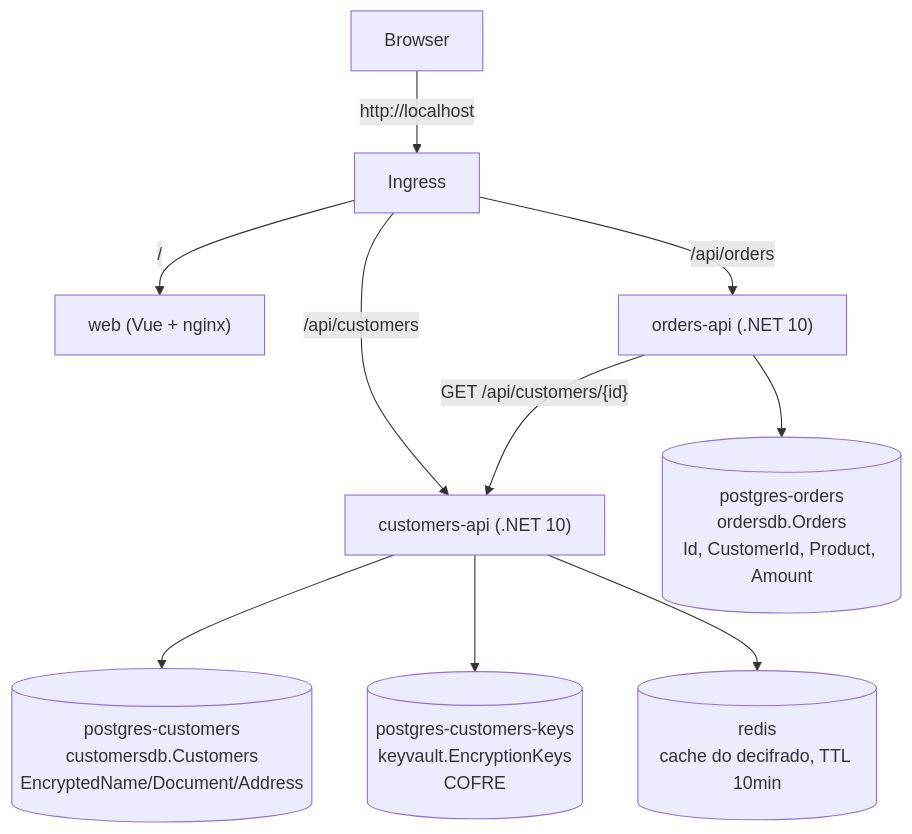
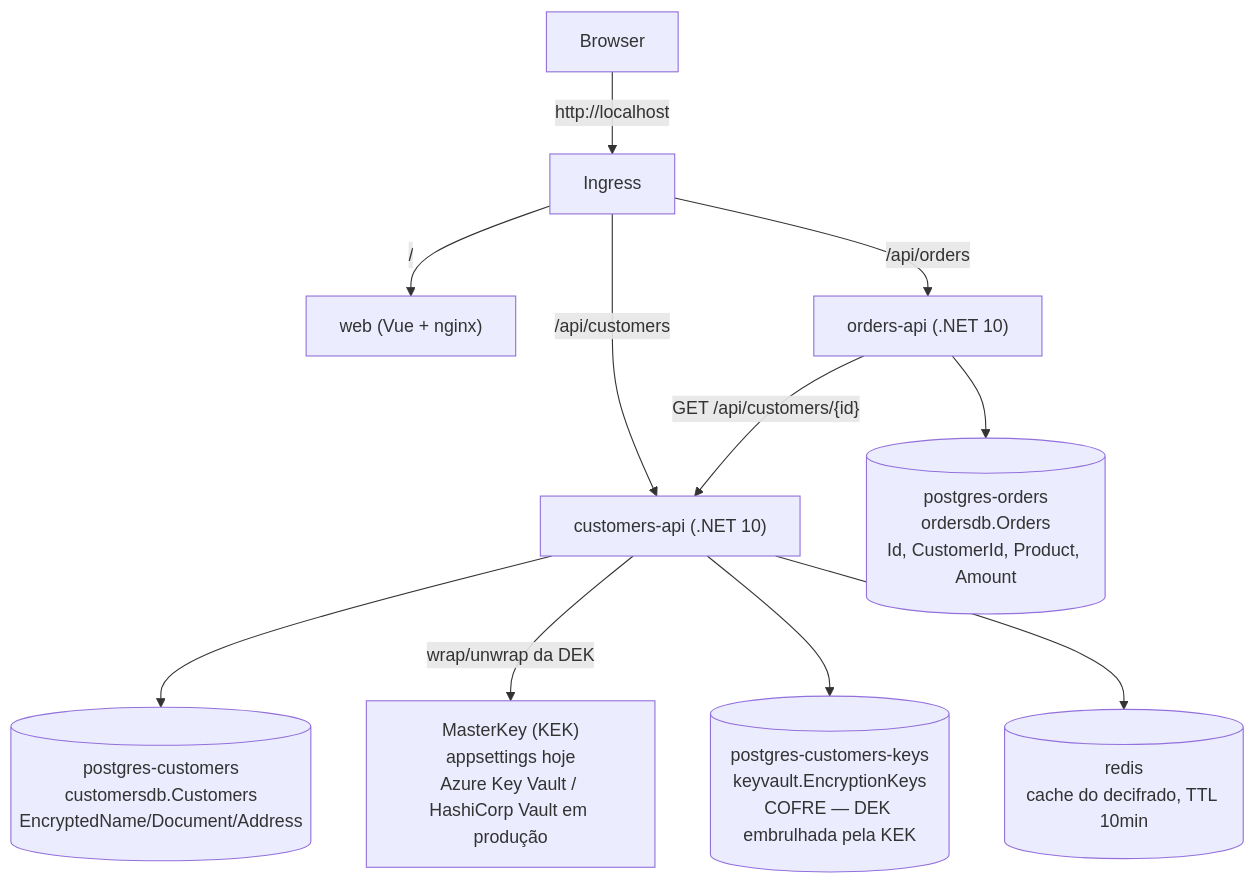
One commit to CristianoRC/crypto-shredding changed the diagram in Readme.md. Above: the diagram before and after it, drawn with Mermaid. The commit also changed other lines of this file and 10 other files, not shown here.

First line of the commit message:
Implementa envelope encryption: uma master key (KEK) embrulha a chave de cada cliente

````diff
--- a/Readme.md
+++ b/Readme.md
@@ -16,13 +18,14 @@
 ```mermaid
 flowchart TD
     Browser -->|http://localhost| Ingress
     Ingress -->|/| Web["web (Vue + nginx)"]
     Ingress -->|/api/customers| CustomersApi["customers-api (.NET 10)"]
     Ingress -->|/api/orders| OrdersApi["orders-api (.NET 10)"]
     OrdersApi -->|"GET /api/customers/{id}"| CustomersApi
 
     CustomersApi --> PgCustomers[("postgres-customers\ncustomersdb.Customers\nEncryptedName/Document/Address")]
-    CustomersApi --> PgKeys[("postgres-customers-keys\nkeyvault.EncryptionKeys\nCOFRE")]
+    CustomersApi -->|"wrap/unwrap da DEK"| MasterKey["MasterKey (KEK)\nappsettings hoje\nAzure Key Vault / HashiCorp Vault em produção"]
+    CustomersApi --> PgKeys[("postgres-customers-keys\nkeyvault.EncryptionKeys\nCOFRE — DEK embrulhada pela KEK")]
     CustomersApi --> Redis[("redis\ncache do decifrado, TTL 10min")]
     OrdersApi --> PgOrders[("postgres-orders\nordersdb.Orders\nId, CustomerId, Product, Amount")]
 ```
````
